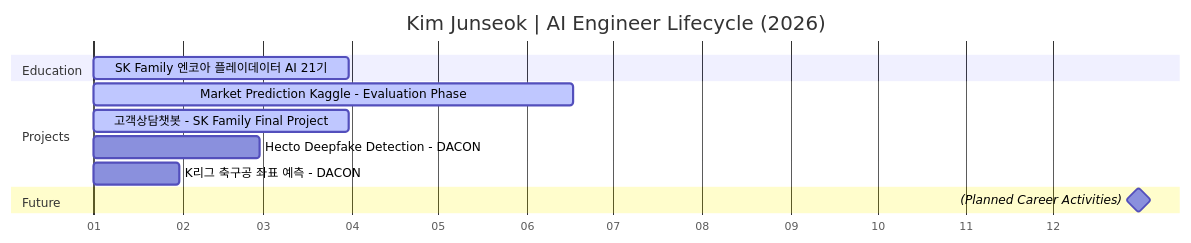
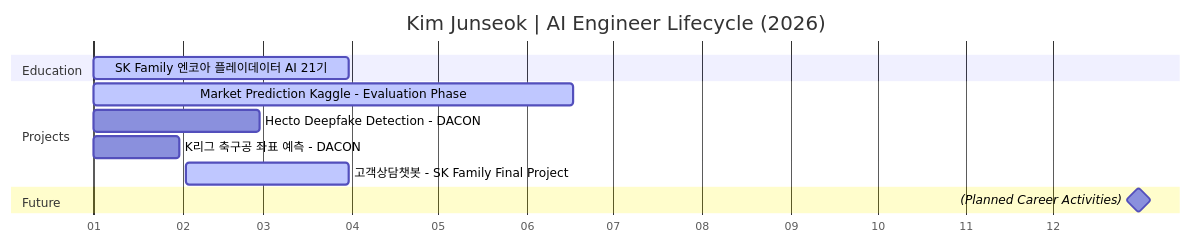
The second of 2 diagrams in README.md (junreud/junreud), drawn with Mermaid before and after one commit. The commit also changed other lines of this file, not shown here.

Commit message:
준석_mermaid 프로젝트 시작일 상세 수정

````diff
--- a/README.md
+++ b/README.md
@@ -28,19 +27,19 @@
 ```mermaid
 gantt
     title Kim Junseok | AI Engineer Lifecycle (2026)
     dateFormat  YYYY-MM-DD
     axisFormat  %m
     tickInterval 1month
 
     section Education
     SK Family 엔코아 플레이데이터 AI 21기      :active, edu1, 2026-01-01, 2026-03-31
 
     section Projects
     Market Prediction Kaggle - Evaluation Phase         :active, p1_eval, 2026-01-01, 2026-06-17
-    고객상담챗봇 - SK Family Final Project        :active, p2, 2026-01-01, 2026-03-31
     Hecto Deepfake Detection - DACON                 :p3, 2026-01-01, 2026-02-28
     K리그 축구공 좌표 예측 - DACON                     :p4, 2026-01-01, 2026-01-31
+    고객상담챗봇 - SK Family Final Project        :active, p2, 2026-02-02, 2026-03-31
 
     section Future
     (Planned Career Activities)              :milestone, m2, 2026-12-31, 0d
 ```
````
